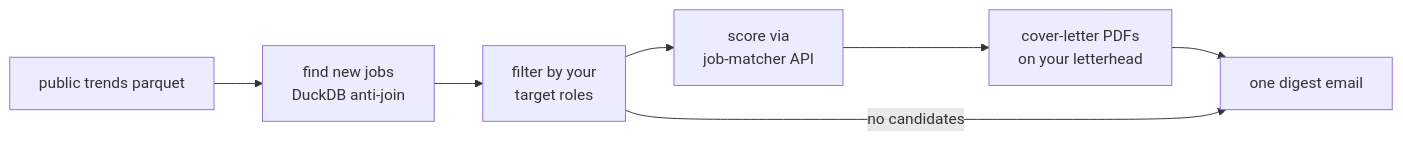
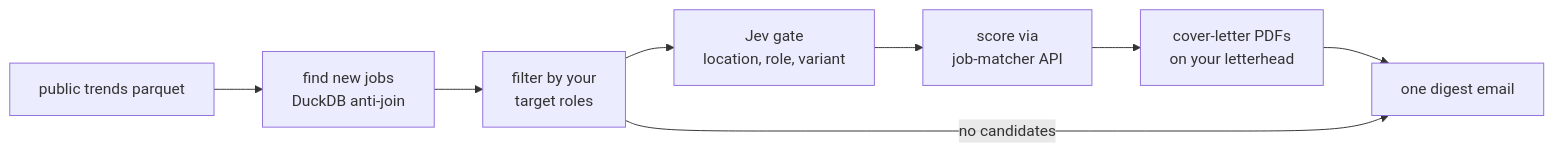
Before and after one commit to senthilsweb/job-agents: the diagram in job-pilot/docs/index.md, drawn with Mermaid. The commit also changed other lines of this file and 16 other files, not shown here.

First line of the commit message:
docs: README, architecture, deployment guide and Jev gate page

````diff
--- a/job-pilot/docs/index.md
+++ b/job-pilot/docs/index.md
@@ -15,9 +15,10 @@
 ```mermaid
 flowchart LR
     A[public trends parquet] --> B[find new jobs<br/>DuckDB anti-join]
     B --> C[filter by your<br/>target roles]
-    C --> D[score via<br/>job-matcher API]
+    C --> J[Jev gate<br/>location, role, variant]
+    J --> D[score via<br/>job-matcher API]
     D --> E[cover-letter PDFs<br/>on your letterhead]
     E --> F[one digest email]
     C -- no candidates --> F
 ```
````
